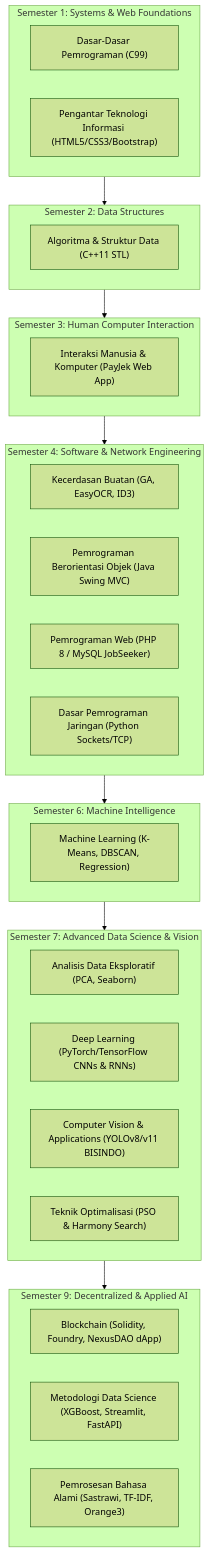
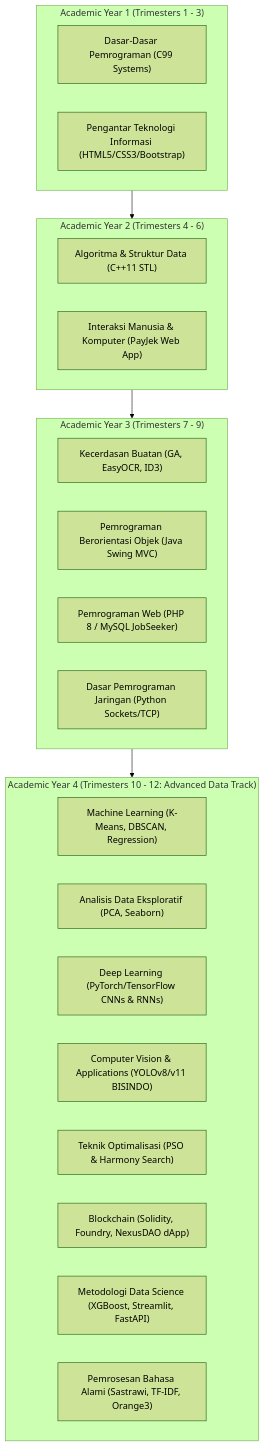
The diagram in README.md (MarchellProGit/ChellAcademicHistory), drawn with Mermaid (forest theme) before and after one commit. The commit also changed other lines of this file and 10 other files, not shown here.

Commit message:
docs(profile): embed profile image, add 12-trimester curriculum & data track specialization breakdown

````diff
--- a/README.md
+++ b/README.md
@@ -30,41 +35,32 @@
 ```mermaid
 flowchart TD
-    subgraph S1["Semester 1: Systems & Web Foundations"]
-        DDP["Dasar-Dasar Pemrograman (C99)"]
+    subgraph Year1["Academic Year 1 (Trimesters 1 - 3)"]
+        DDP["Dasar-Dasar Pemrograman (C99 Systems)"]
         PTI["Pengantar Teknologi Informasi (HTML5/CSS3/Bootstrap)"]
     end
 
-    subgraph S2["Semester 2: Data Structures"]
+    subgraph Year2["Academic Year 2 (Trimesters 4 - 6)"]
         ASD["Algoritma & Struktur Data (C++11 STL)"]
-    end
-
-    subgraph S3["Semester 3: Human Computer Interaction"]
         IMK["Interaksi Manusia & Komputer (PayJek Web App)"]
     end
 
-    subgraph S4["Semester 4: Software & Network Engineering"]
+    subgraph Year3["Academic Year 3 (Trimesters 7 - 9)"]
         AI["Kecerdasan Buatan (GA, EasyOCR, ID3)"]
         PBO["Pemrograman Berorientasi Objek (Java Swing MVC)"]
         PW["Pemrograman Web (PHP 8 / MySQL JobSeeker)"]
         DPJ["Dasar Pemrograman Jaringan (Python Sockets/TCP)"]
     end
 
-    subgraph S6["Semester 6: Machine Intelligence"]
+    subgraph Year4["Academic Year 4 (Trimesters 10 - 12: Advanced Data Track)"]
         ML["Machine Learning (K-Means, DBSCAN, Regression)"]
-    end
-
-    subgraph S7["Semester 7: Advanced Data Science & Vision"]
         EDA["Analisis Data Eksploratif (PCA, Seaborn)"]
         DL["Deep Learning (PyTorch/TensorFlow CNNs & RNNs)"]
         CVA["Computer Vision & Applications (YOLOv8/v11 BISINDO)"]
         TO["Teknik Optimalisasi (PSO & Harmony Search)"]
-    end
-
-    subgraph S9["Semester 9: Decentralized & Applied AI"]
         BC["Blockchain (Solidity, Foundry, NexusDAO dApp)"]
         MDS["Metodologi Data Science (XGBoost, Streamlit, FastAPI)"]
         NLP["Pemrosesan Bahasa Alami (Sastrawi, TF-IDF, Orange3)"]
     end
 
-    S1 --> S2 --> S3 --> S4 --> S6 --> S7 --> S9
+    Year1 --> Year2 --> Year3 --> Year4
 ```
````
